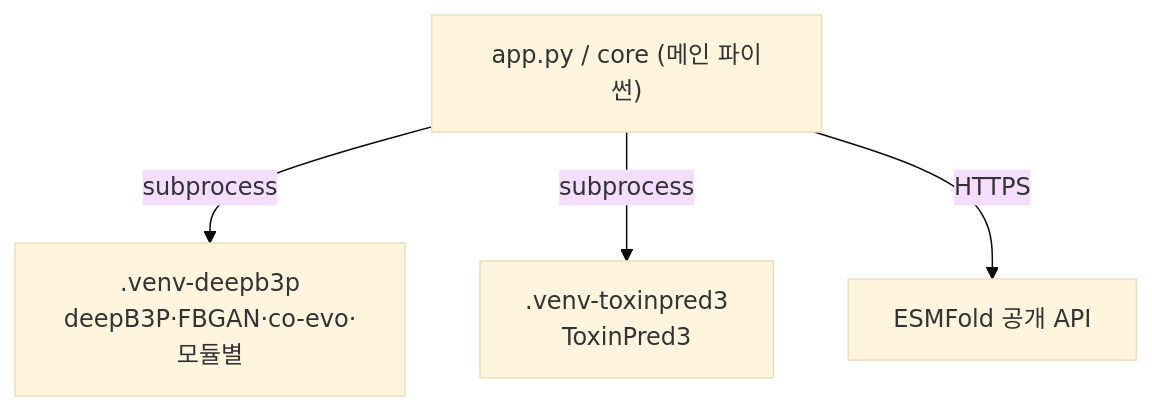
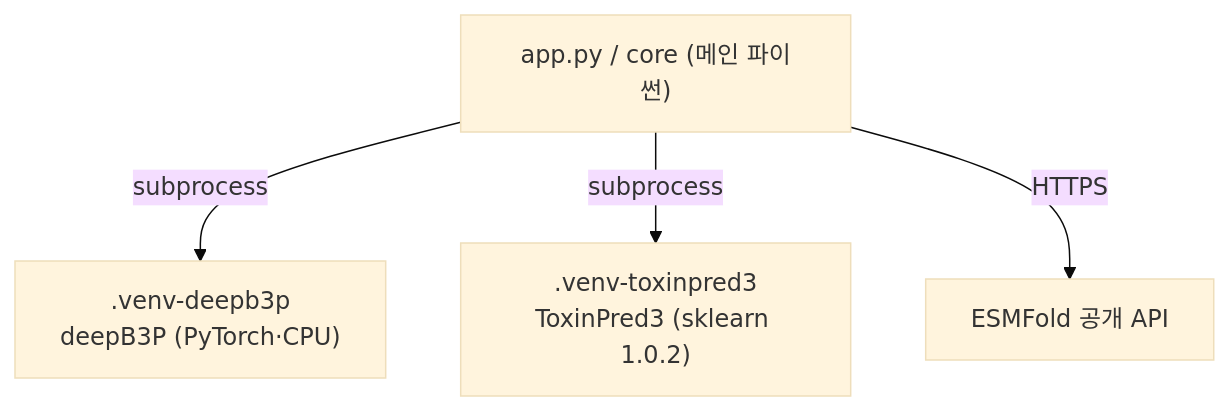
One commit to yunseul6028/BBB-Optimizer changed the eighth of 8 diagrams in 아키텍처.md. Above: the diagram before and after it, drawn with Mermaid (base theme). The commit also changed other lines of this file, not shown here.

````diff
--- a/아키텍처.md
+++ b/아키텍처.md
@@ -286,6 +255,6 @@
 ```mermaid
 flowchart TB
-  APP["app.py / core (메인 파이썬)"] -->|subprocess| DV[".venv-deepb3p<br/>deepB3P·FBGAN·co-evo·모듈별"]
-  APP -->|subprocess| TV[".venv-toxinpred3<br/>ToxinPred3"]
+  APP["app.py / core (메인 파이썬)"] -->|subprocess| DV[".venv-deepb3p<br/>deepB3P (PyTorch·CPU)"]
+  APP -->|subprocess| TV[".venv-toxinpred3<br/>ToxinPred3 (sklearn 1.0.2)"]
   APP -->|HTTPS| API["ESMFold 공개 API"]
 ```
````
